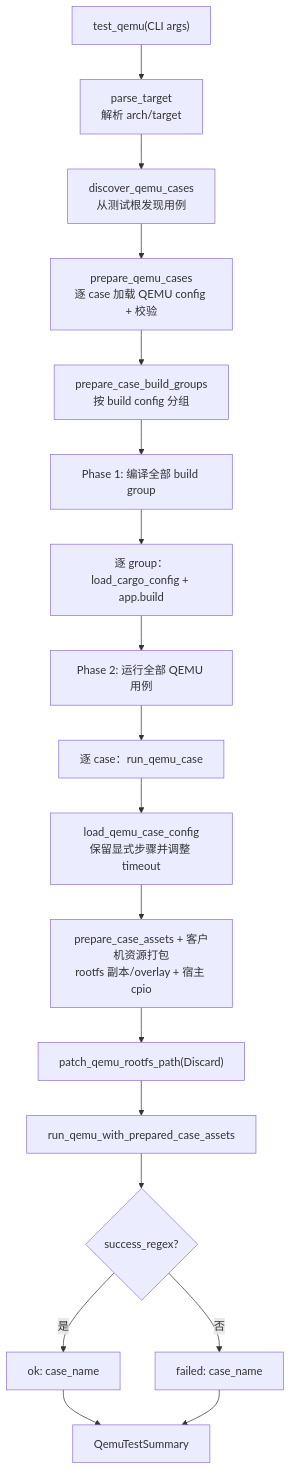
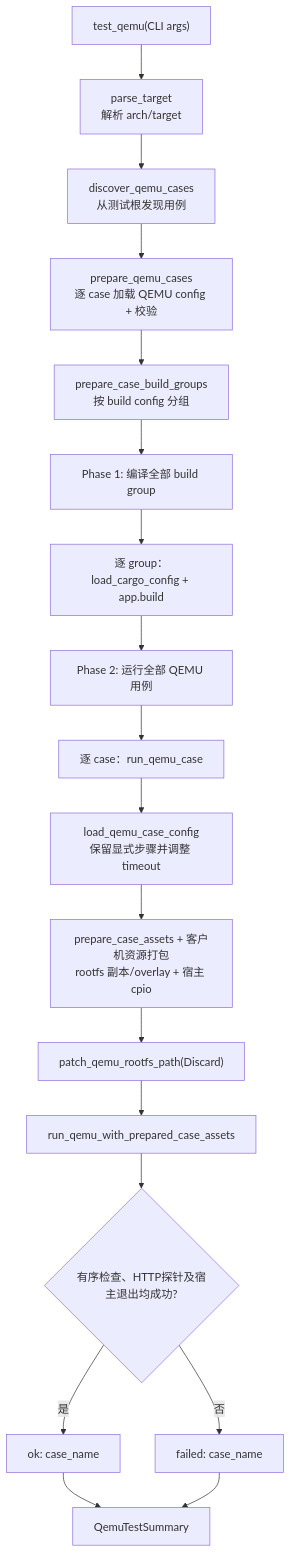
Before and after one commit to rcore-os/tgoskits: the first of 2 diagrams in docs/docs/build/axvisor/test.md, drawn with Mermaid. The commit also changed other lines of this file and 35 other files, not shown here.

````diff
--- a/docs/docs/build/axvisor/test.md
+++ b/docs/docs/build/axvisor/test.md
@@ -56,20 +56,20 @@
 ```mermaid
 flowchart TD
     A["test_qemu(CLI args)"] --> B["parse_target<br/>解析 arch/target"]
     B --> C["discover_qemu_cases<br/>从测试根发现用例"]
     C --> D["prepare_qemu_cases<br/>逐 case 加载 QEMU config + 校验"]
     D --> E["prepare_case_build_groups<br/>按 build config 分组"]
     E --> F["Phase 1: 编译全部 build group"]
     F --> F2["逐 group：load_cargo_config + app.build"]
     F2 --> G["Phase 2: 运行全部 QEMU 用例"]
     G --> H["逐 case：run_qemu_case"]
     H --> I["load_qemu_case_config<br/>保留显式步骤并调整 timeout"]
     I --> J["prepare_case_assets + 客户机资源打包<br/>rootfs 副本/overlay + 宿主 cpio"]
     J --> K["patch_qemu_rootfs_path(Discard)"]
     K --> L["run_qemu_with_prepared_case_assets"]
-    L --> M{"success_regex?"}
+    L --> M{"有序检查、HTTP探针及宿主退出均成功?"}
     M -->|是| N["ok: case_name"]
     M -->|否| O["failed: case_name"]
     N --> P["QemuTestSummary"]
     O --> P
 ```
````
